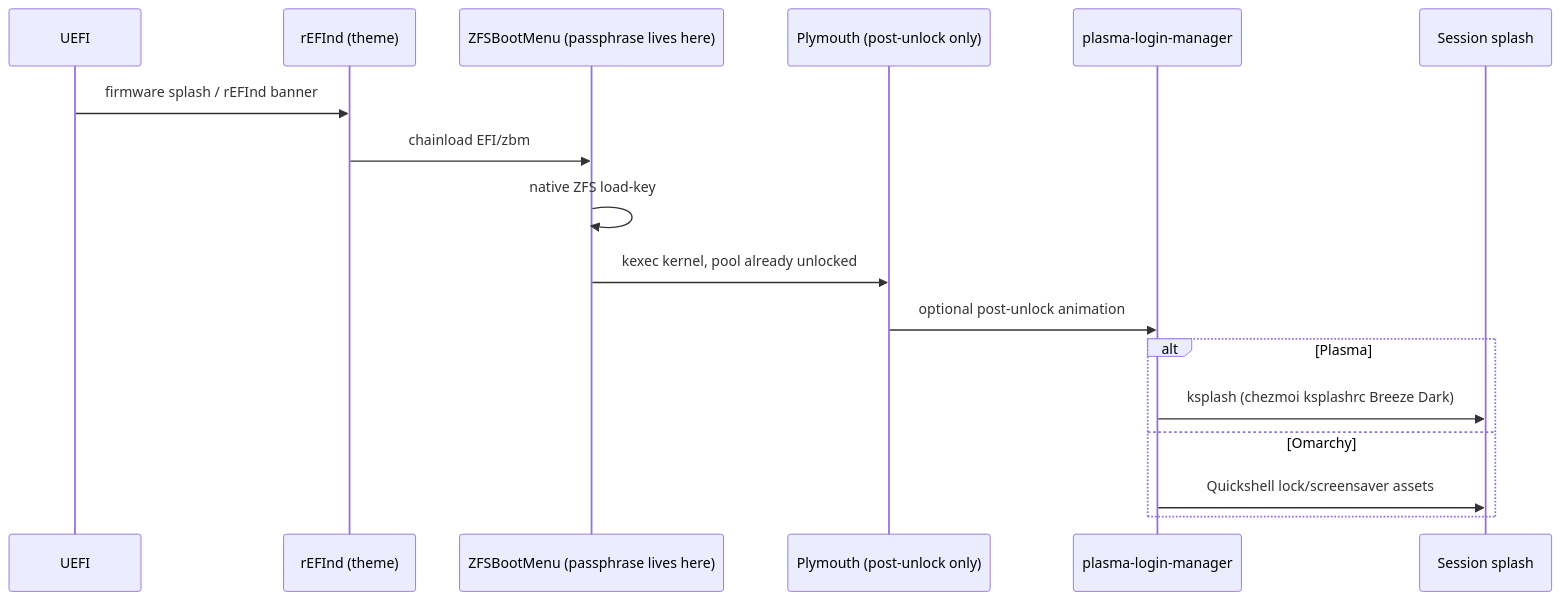
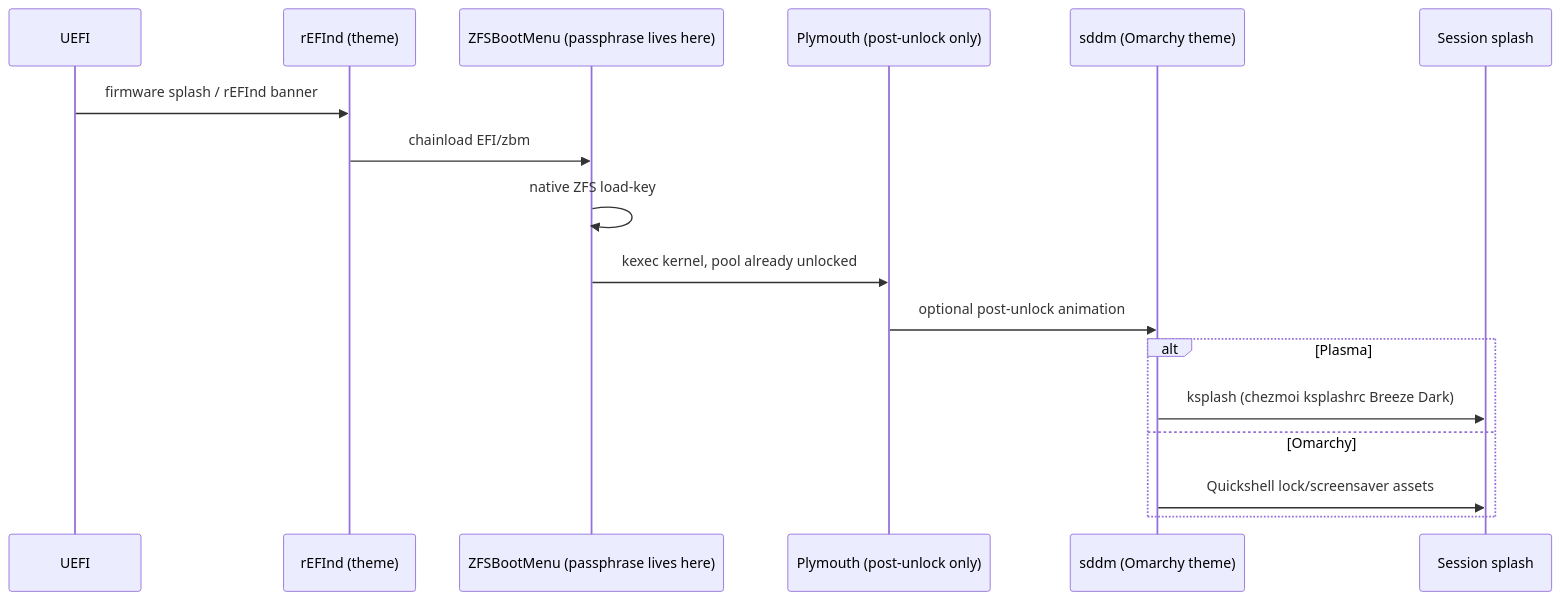
The third of 3 diagrams in docs/monarchy.md (dieuwedeboer/dotfiles), drawn with Mermaid before and after one commit. The commit also changed other lines of this file and 23 other files, not shown here.

First line of the commit message:
Switch Monarchy greeter from plasma-login-manager to SDDM

````diff
--- a/docs/monarchy.md
+++ b/docs/monarchy.md
@@ -539,19 +541,19 @@
 ```mermaid
 sequenceDiagram
   participant FW as UEFI
   participant R as rEFInd (theme)
   participant Z as ZFSBootMenu (passphrase lives here)
   participant P as Plymouth (post-unlock only)
-  participant G as plasma-login-manager
+  participant G as sddm (Omarchy theme)
   participant S as Session splash
   FW->>R: firmware splash / rEFInd banner
   R->>Z: chainload EFI/zbm
   Z->>Z: native ZFS load-key
   Z->>P: kexec kernel, pool already unlocked
   P->>G: optional post-unlock animation
   alt Plasma
     G->>S: ksplash (chezmoi ksplashrc Breeze Dark)
   else Omarchy
     G->>S: Quickshell lock/screensaver assets
   end
 ```
````
